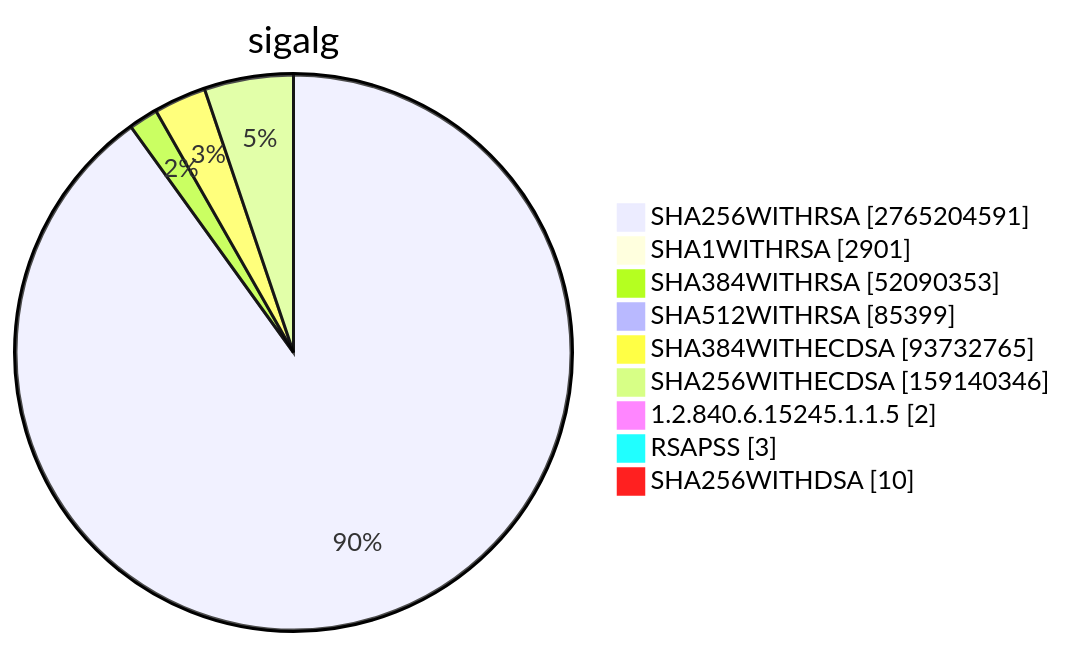
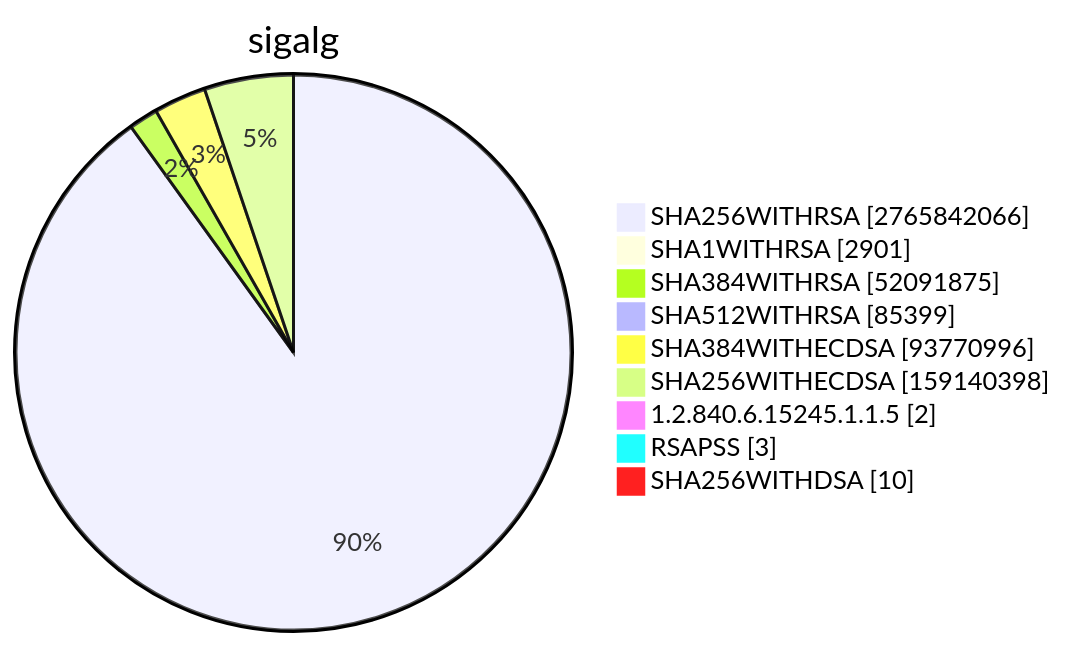
Diagram 15 of 15 in TOTAL/README.md (christiankrug/ctmonitor_visualization), drawn with Mermaid before and after one commit. The commit also changed other lines of this file, not shown here.

````diff
--- a/TOTAL/README.md
+++ b/TOTAL/README.md
@@ -6205,13 +6205,13 @@
 ```mermaid
 pie showData
 title sigalg
-"SHA256WITHRSA" :2765204591
+"SHA256WITHRSA" :2765842066
 "SHA1WITHRSA" :2901
-"SHA384WITHRSA" :52090353
+"SHA384WITHRSA" :52091875
 "SHA512WITHRSA" :85399
-"SHA384WITHECDSA" :93732765
-"SHA256WITHECDSA" :159140346
+"SHA384WITHECDSA" :93770996
+"SHA256WITHECDSA" :159140398
 "1.2.840.6.15245.1.1.5" :2
 "RSAPSS" :3
 "SHA256WITHDSA" :10
 ```
````
